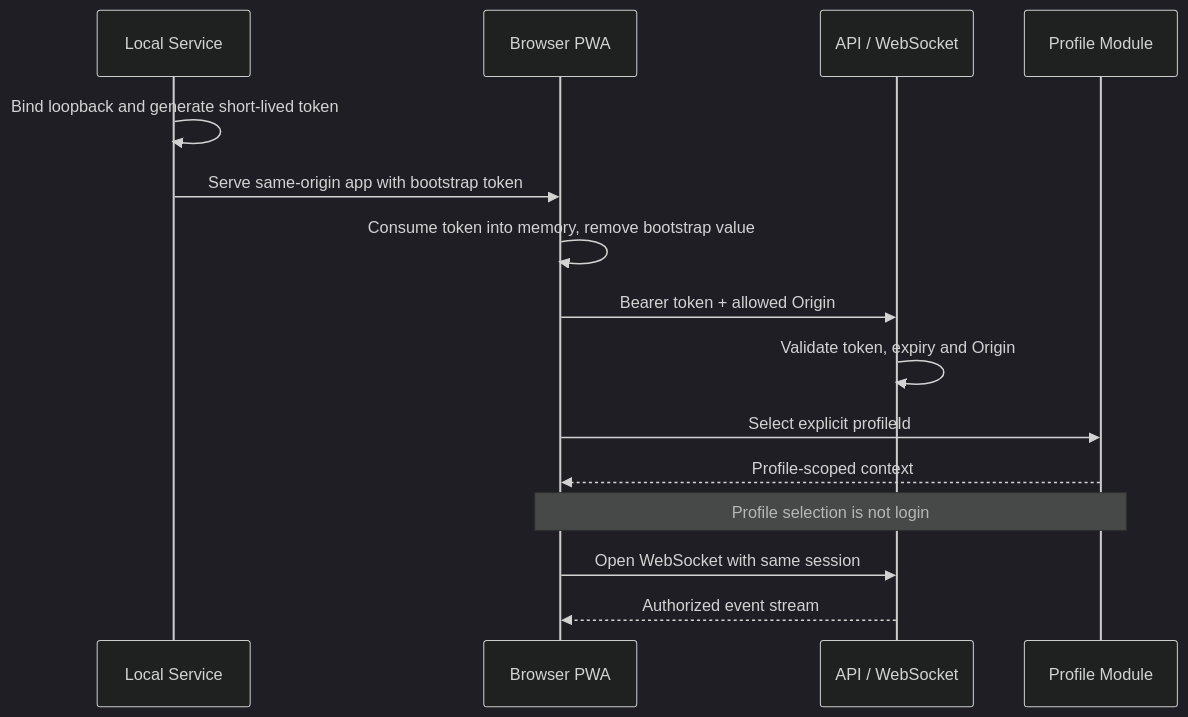
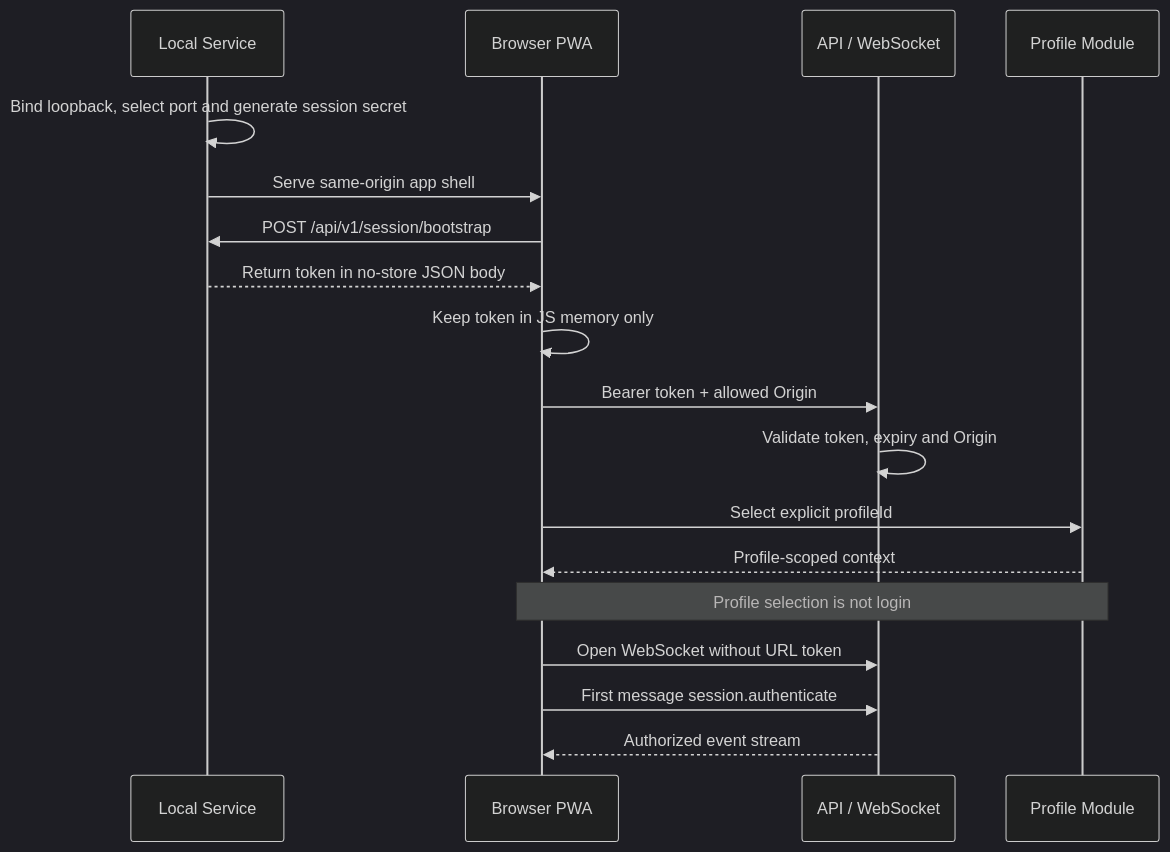
The fifth of 8 diagrams in architecture.md (komochi007/koradio), drawn with Mermaid (dark theme) before and after one commit. The commit also changed other lines of this file and 7 other files, not shown here.

````diff
--- a/architecture.md
+++ b/architecture.md
@@ -234,17 +234,20 @@
 ```mermaid
 sequenceDiagram
     participant S as Local Service
     participant B as Browser PWA
     participant A as API / WebSocket
     participant P as Profile Module
-    S->>S: Bind loopback and generate short-lived token
-    S->>B: Serve same-origin app with bootstrap token
-    B->>B: Consume token into memory, remove bootstrap value
+    S->>S: Bind loopback, select port and generate session secret
+    S->>B: Serve same-origin app shell
+    B->>S: POST /api/v1/session/bootstrap
+    S-->>B: Return token in no-store JSON body
+    B->>B: Keep token in JS memory only
     B->>A: Bearer token + allowed Origin
     A->>A: Validate token, expiry and Origin
     B->>P: Select explicit profileId
     P-->>B: Profile-scoped context
     Note over B,P: Profile selection is not login
-    B->>A: Open WebSocket with same session
+    B->>A: Open WebSocket without URL token
+    B->>A: First message session.authenticate
     A-->>B: Authorized event stream
 ```
````
